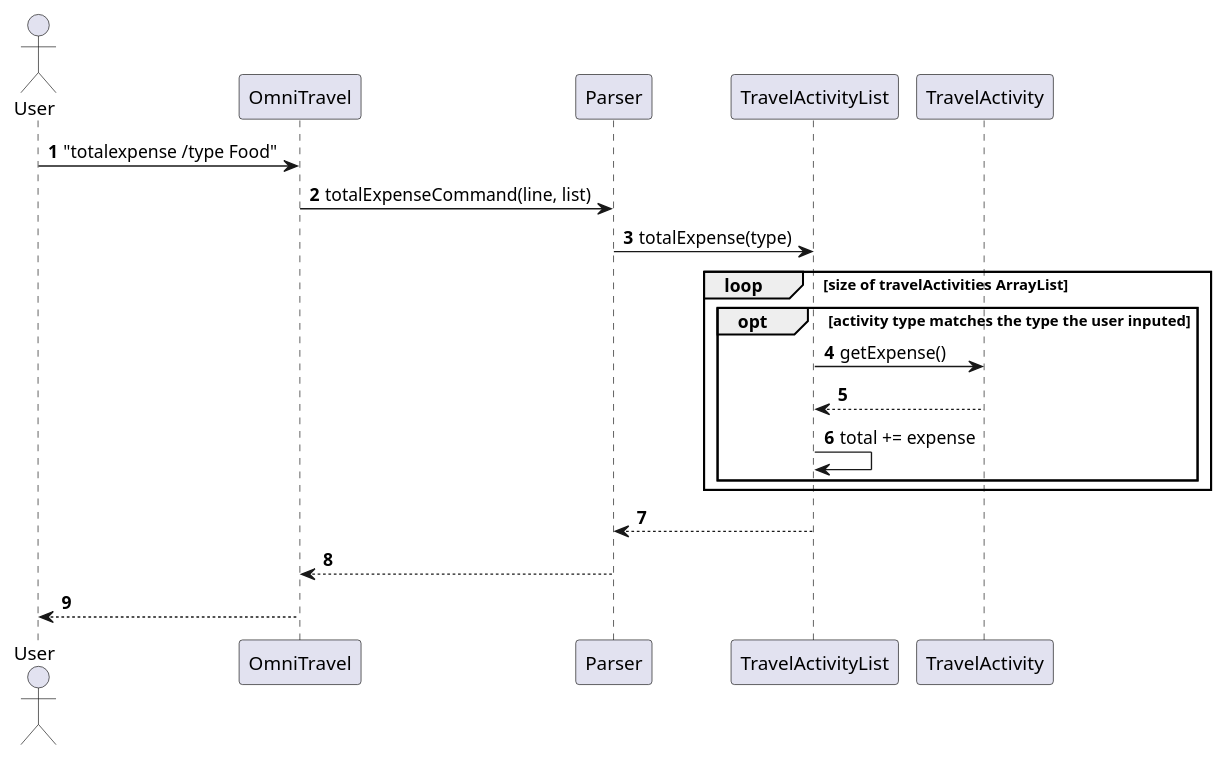
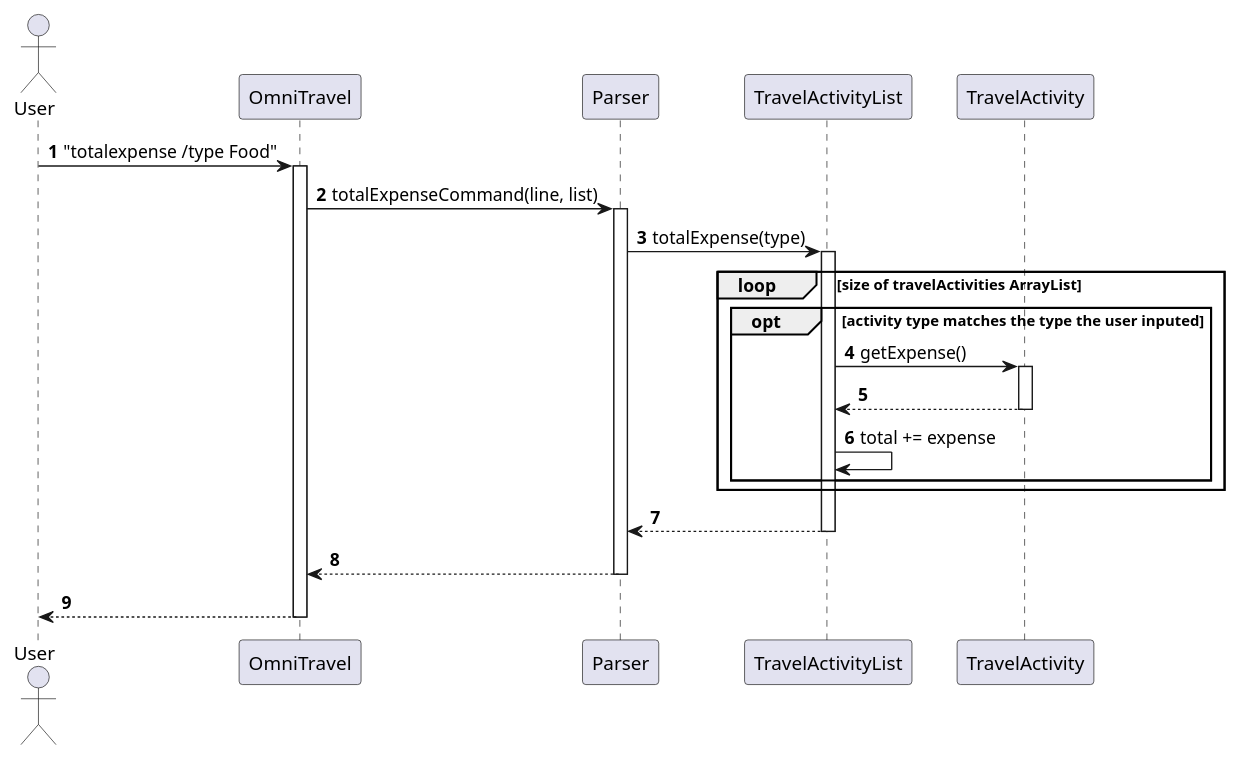
The diagram in docs/plantUML diagrams/totalexpense.puml (annnniexu/tp), drawn with PlantUML before and after one commit. The commit also changed 2 other files, not shown here.

Commit message:
fixed totalexpense diagram

```diff
--- a/docs/plantUML diagrams/totalexpense.puml
+++ b/docs/plantUML diagrams/totalexpense.puml
@@ -1,20 +1,29 @@
 @startuml
 'https://plantuml.com/sequence-diagram
 
 autonumber
 actor User
 User -> OmniTravel : "totalexpense /type Food"
+activate OmniTravel
 OmniTravel -> Parser : totalExpenseCommand(line, list)
+activate Parser
    Parser -> TravelActivityList : totalExpense(type)
+   activate TravelActivityList
    loop size of travelActivities ArrayList
       opt activity type matches the type the user inputed
          TravelActivityList -> TravelActivity: getExpense()
+         activate TravelActivity
          TravelActivity --> TravelActivityList:
+         deactivate TravelActivity
          TravelActivityList -> TravelActivityList: total += expense
 
       end
    end
+
 TravelActivityList --> Parser
+deactivate TravelActivityList
 Parser --> OmniTravel
+deactivate Parser
 OmniTravel --> User
+deactivate OmniTravel
 @enduml
```
